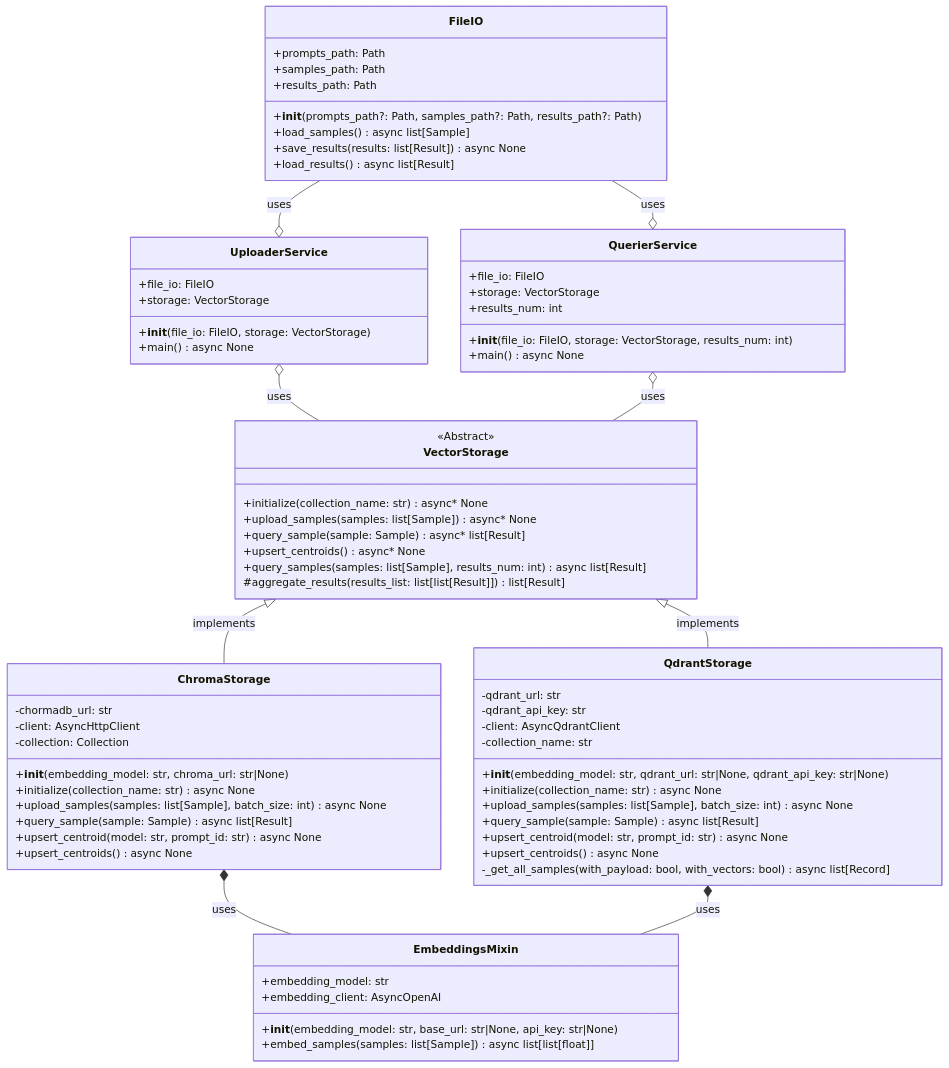
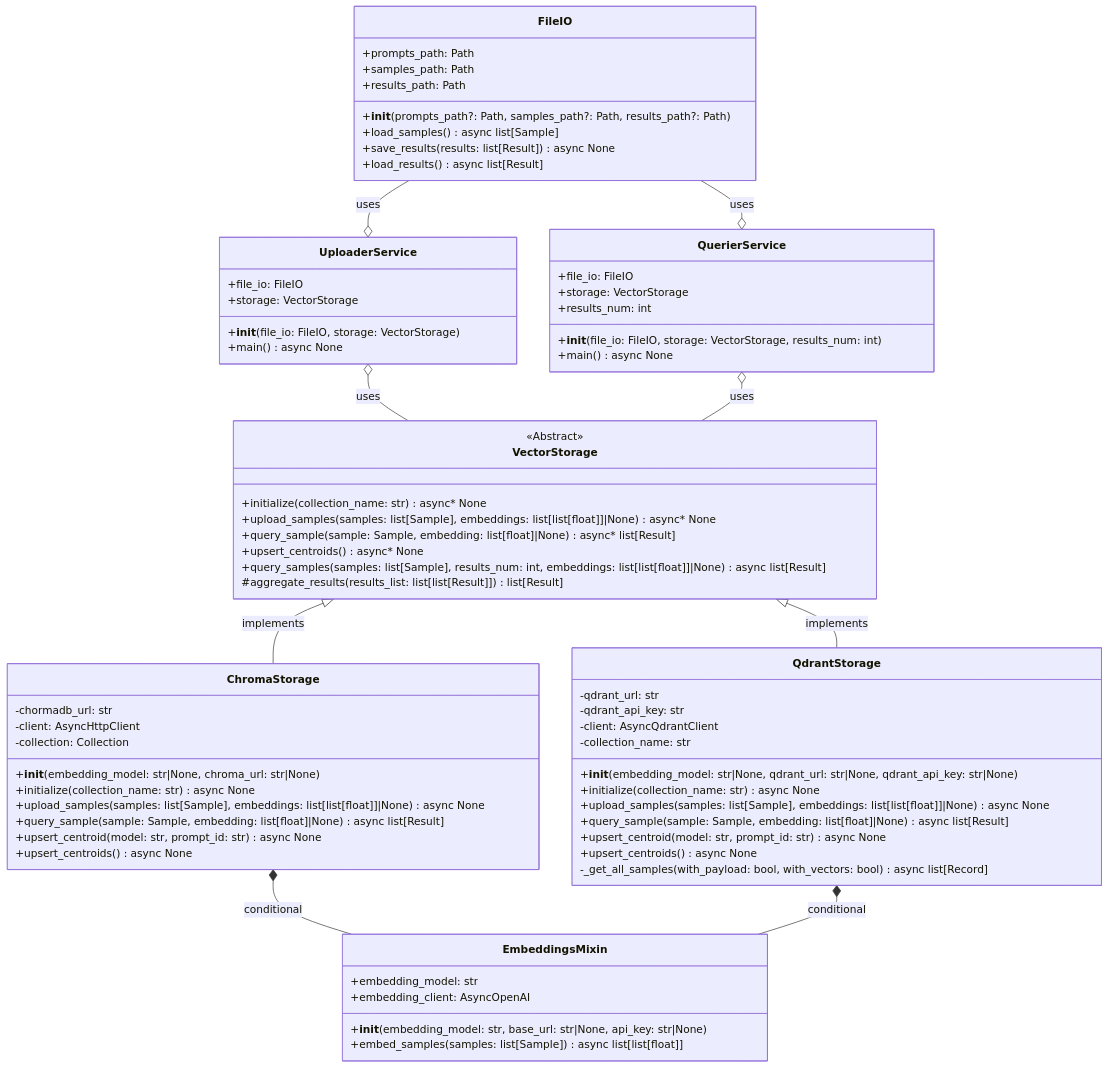
Before and after one commit to S1M0N38/llm-fingerprint: the fifth of 7 diagrams in CONTRIBUTING.md, drawn with Mermaid. The commit also changed other lines of this file, not shown here.

Commit message:
docs(CONTRIBUTING): update diagrams and release cycle

````diff
--- a/CONTRIBUTING.md
+++ b/CONTRIBUTING.md
@@ -247,79 +249,79 @@
 ```mermaid
 classDiagram
     class FileIO {
         +prompts_path: Path
         +samples_path: Path
         +results_path: Path
         +__init__(prompts_path?: Path, samples_path?: Path, results_path?: Path)
         +load_samples() async list[Sample]
         +save_results(results: list[Result]) async None
         +load_results() async list[Result]
     }
 
     class VectorStorage {
         <<Abstract>>
         +initialize(collection_name: str) async* None
-        +upload_samples(samples: list[Sample]) async* None
-        +query_sample(sample: Sample) async* list[Result]
+        +upload_samples(samples: list[Sample], embeddings: list[list[float]]|None) async* None
+        +query_sample(sample: Sample, embedding: list[float]|None) async* list[Result]
         +upsert_centroids() async* None
-        +query_samples(samples: list[Sample], results_num: int) async list[Result]
+        +query_samples(samples: list[Sample], results_num: int, embeddings: list[list[float]]|None) async list[Result]
         #aggregate_results(results_list: list[list[Result]]) list[Result]
     }
 
     class ChromaStorage {
         -chormadb_url: str
         -client: AsyncHttpClient
         -collection: Collection
-        +__init__(embedding_model: str, chroma_url: str|None)
+        +__init__(embedding_model: str|None, chroma_url: str|None)
         +initialize(collection_name: str) async None
-        +upload_samples(samples: list[Sample], batch_size: int) async None
-        +query_sample(sample: Sample) async list[Result]
+        +upload_samples(samples: list[Sample], embeddings: list[list[float]]|None) async None
+        +query_sample(sample: Sample, embedding: list[float]|None) async list[Result]
         +upsert_centroid(model: str, prompt_id: str) async None
         +upsert_centroids() async None
     }
 
     class QdrantStorage {
         -qdrant_url: str
         -qdrant_api_key: str
         -client: AsyncQdrantClient
         -collection_name: str
-        +__init__(embedding_model: str, qdrant_url: str|None, qdrant_api_key: str|None)
+        +__init__(embedding_model: str|None, qdrant_url: str|None, qdrant_api_key: str|None)
         +initialize(collection_name: str) async None
-        +upload_samples(samples: list[Sample], batch_size: int) async None
-        +query_sample(sample: Sample) async list[Result]
+        +upload_samples(samples: list[Sample], embeddings: list[list[float]]|None) async None
+        +query_sample(sample: Sample, embedding: list[float]|None) async list[Result]
         +upsert_centroid(model: str, prompt_id: str) async None
         +upsert_centroids() async None
         -_get_all_samples(with_payload: bool, with_vectors: bool) async list[Record]
     }
 
     class EmbeddingsMixin {
         +embedding_model: str
         +embedding_client: AsyncOpenAI
         +__init__(embedding_model: str, base_url: str|None, api_key: str|None)
         +embed_samples(samples: list[Sample]) async list[list[float]]
     }
 
     class UploaderService {
         +file_io: FileIO
         +storage: VectorStorage
         +__init__(file_io: FileIO, storage: VectorStorage)
         +main() async None
     }
 
     class QuerierService {
         +file_io: FileIO
         +storage: VectorStorage
         +results_num: int
         +__init__(file_io: FileIO, storage: VectorStorage, results_num: int)
         +main() async None
     }
 
     FileIO --o UploaderService : uses
     FileIO --o QuerierService : uses
     VectorStorage <|-- ChromaStorage : implements
     VectorStorage <|-- QdrantStorage : implements
-    ChromaStorage *-- EmbeddingsMixin : uses
-    QdrantStorage *-- EmbeddingsMixin : uses
+    ChromaStorage *-- EmbeddingsMixin : conditional
+    QdrantStorage *-- EmbeddingsMixin : conditional
     UploaderService o-- VectorStorage : uses
     QuerierService o-- VectorStorage : uses
 ```
````
